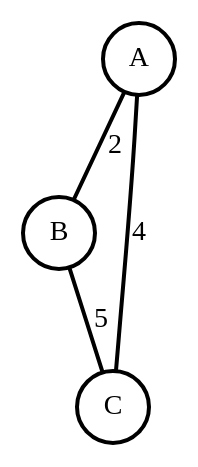
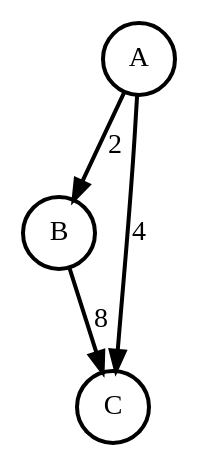
Before and after one commit to Scrow-rgb/trabalho-grafos: the diagram in grafo.dot, drawn with Graphviz. The commit also changed 1 other file, not shown here.

```diff
--- a/grafo.dot
+++ b/grafo.dot
@@ -1,8 +1,8 @@
-graph G {
+digraph G {
     0 [label="A", penwidth=2, shape="circle"];
     1 [label="B", penwidth=2, shape="circle"];
     2 [label="C", penwidth=2, shape="circle"];
-    0 -- 1 [penwidth=2, color=black, label="2"];
-    0 -- 2 [penwidth=2, color=black, label="4"];
-    1 -- 2 [penwidth=2, color=black, label="5"];
+    0 -> 1 [penwidth=2, color=black, label="2"];
+    0 -> 2 [penwidth=2, color=black, label="4"];
+    1 -> 2 [penwidth=2, color=black, label="8"];
 }
```
